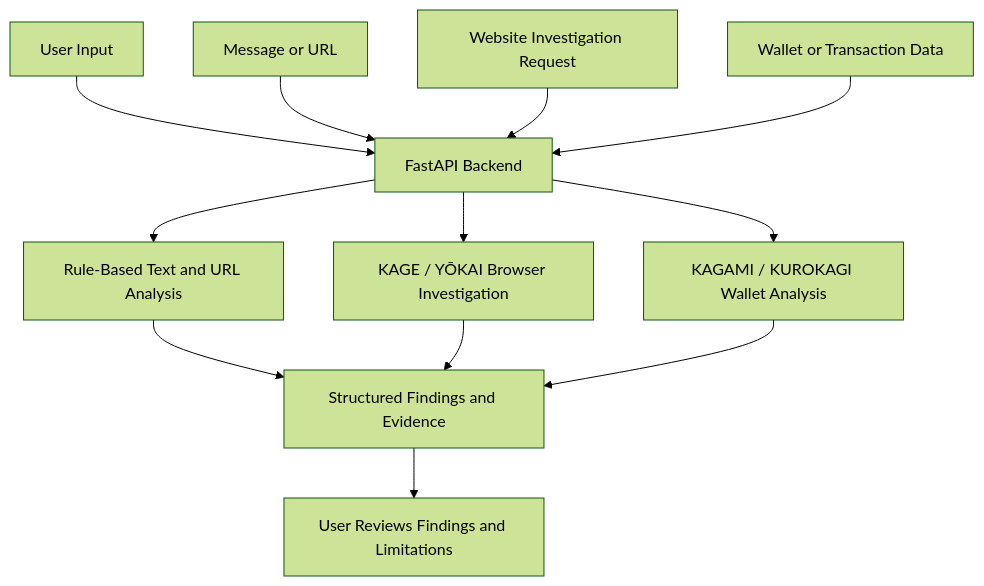
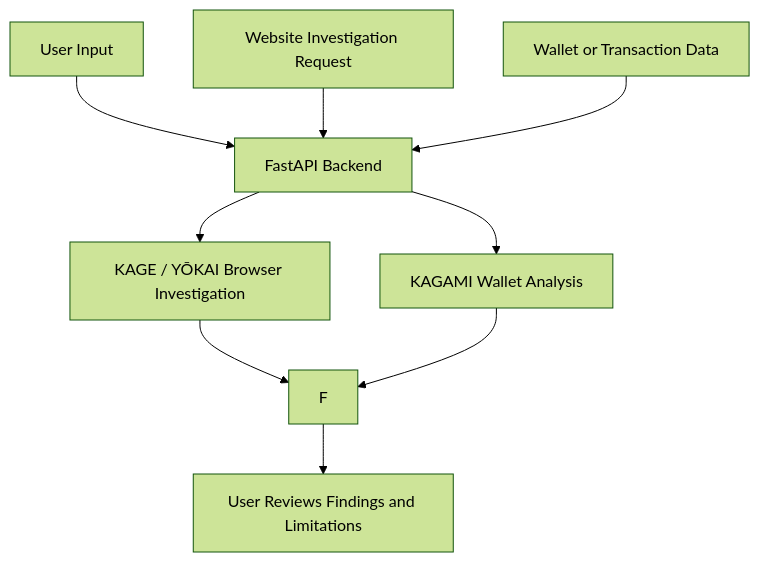
Before and after one commit to rithvik1509/SCAMurai: the diagram in README.md, drawn with Mermaid (forest theme). The commit also changed other lines of this file, not shown here.

````diff
--- a/README.md
+++ b/README.md
@@ -69,18 +69,15 @@
 ```mermaid
 flowchart TD
     A[User Input] --> B[FastAPI Backend]
 
-    A1[Message or URL] --> B
-    A2[Website Investigation Request] --> B
-    A3[Wallet or Transaction Data] --> B
+    A1[Website Investigation Request] --> B
+    A2[Wallet or Transaction Data] --> B
 
-    B --> C[Rule-Based Text and URL Analysis]
     B --> D[KAGE / YŌKAI Browser Investigation]
-    B --> E[KAGAMI / KUROKAGI Wallet Analysis]
+    B --> E[KAGAMI Wallet Analysis]
 
-    C --> F[Structured Findings and Evidence]
     D --> F
     E --> F
 
     F --> G[User Reviews Findings and Limitations]
 ```
````
